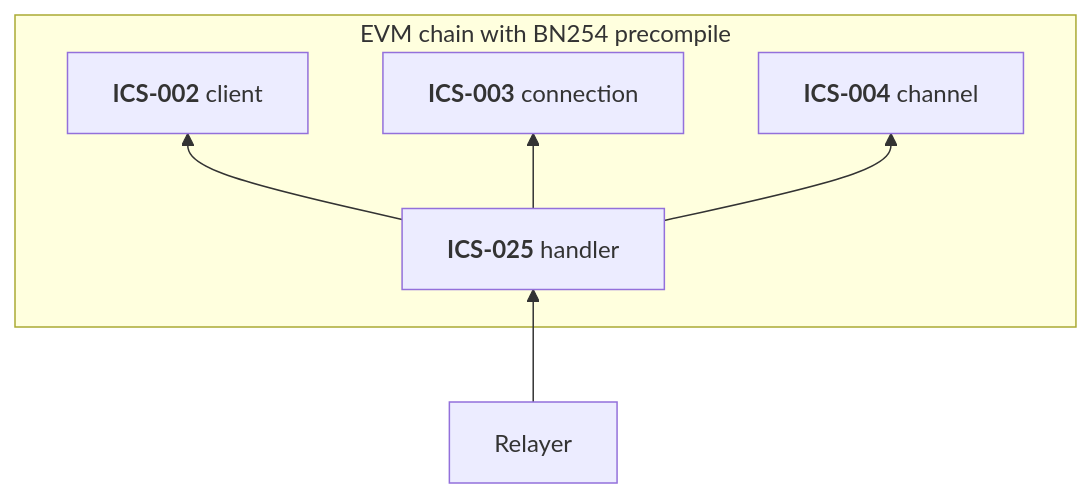
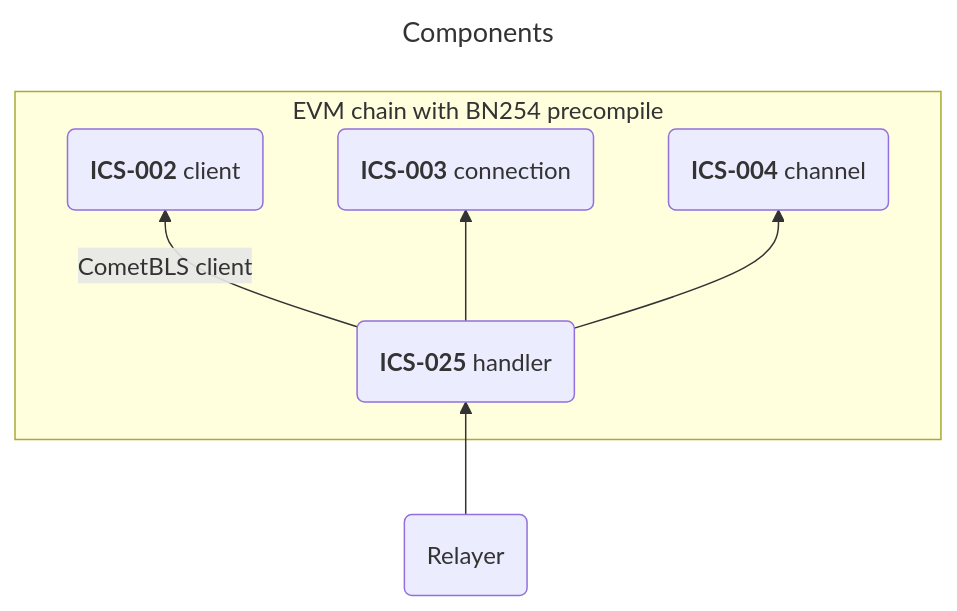
The first of 2 diagrams in evm/ARCHITECTURE.md (unionlabs/union), drawn with Mermaid before and after one commit. The commit also changed other lines of this file, not shown here.

Commit message:
docs(evm): more diagram and specify that we extend `yui-ibc-solidity`

````diff
--- a/evm/ARCHITECTURE.md
+++ b/evm/ARCHITECTURE.md
@@ -5,16 +5,20 @@
 ```mermaid
+---
+title: Components
+---
 flowchart BT
-    relayer[Relayer]
+    relayer(Relayer)
 
     subgraph EVM chain with BN254 precompile
-        client["`**ICS-002** client`"]
-        connection["`**ICS-003** connection`"]
-        channel["`**ICS-004** channel`"]
-        handler["`**ICS-025** handler`"]
+        client("`**ICS-002** client`")
+        connection("`**ICS-003** connection`")
+        channel("`**ICS-004** channel`")
+        handler("`**ICS-025** handler`")
     end
 
-    handler --> client
+    handler -- CometBLS client --> client
     handler --> connection
     handler --> channel
     relayer --> handler
+
 ```
````
